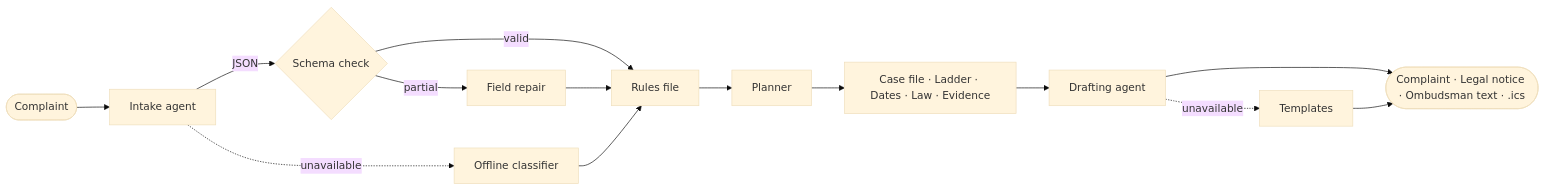
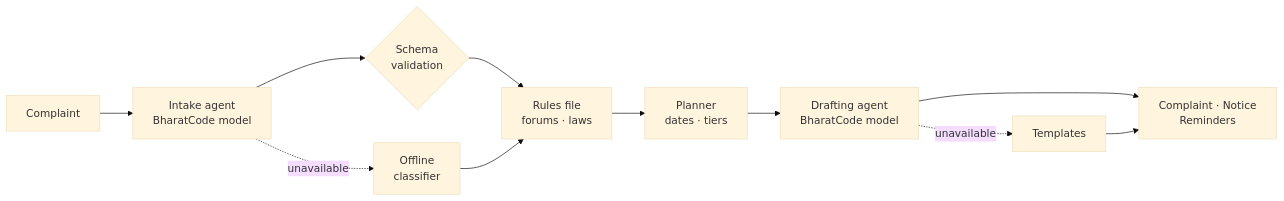
One commit to Kavaykhurana/bharatcode changed the diagram in README.md. Above: the diagram before and after it, drawn with Mermaid (base theme). The commit also changed other lines of this file and 12 other files, not shown here.

````diff
--- a/README.md
+++ b/README.md
@@ -85,14 +60,11 @@
 ```mermaid
 flowchart LR
-    U([Complaint]) --> I[Intake agent]
-    I -->|JSON| V{Schema check}
-    V -->|valid| K[Rules file]
-    V -->|partial| R[Field repair] --> K
-    I -.->|unavailable| O[Offline classifier] --> K
-    K --> P[Planner]
-    P --> UI[Case file · Ladder · Dates · Law · Evidence]
-    UI --> D[Drafting agent]
-    D -.->|unavailable| T[Templates]
-    D --> OUT([Complaint · Legal notice · Ombudsman text · .ics])
-    T --> OUT
+    A[Complaint] --> B[Intake agent<br/>BharatCode model]
+    B --> C{Schema<br/>validation}
+    C --> D[Rules file<br/>forums · laws]
+    D --> E[Planner<br/>dates · tiers]
+    E --> F[Drafting agent<br/>BharatCode model]
+    F --> G[Complaint · Notice<br/>Reminders]
+    B -. unavailable .-> H[Offline<br/>classifier] --> D
+    F -. unavailable .-> I[Templates] --> G
 ```
````
